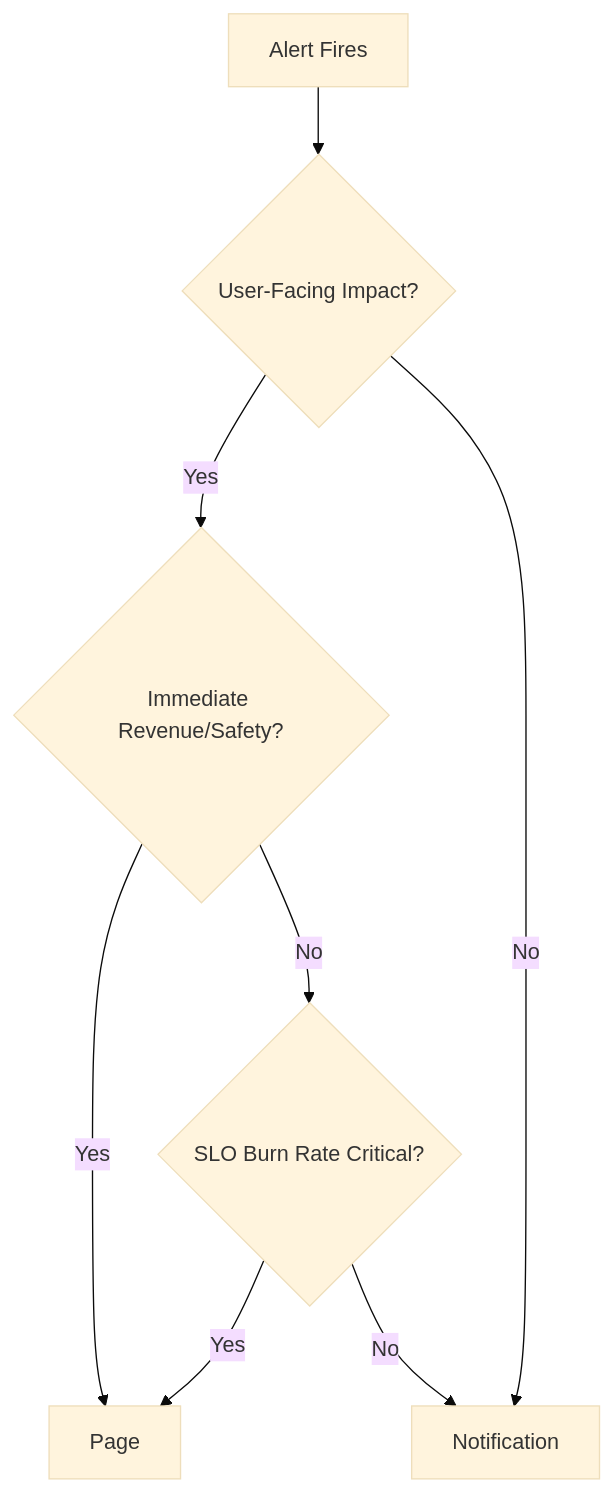
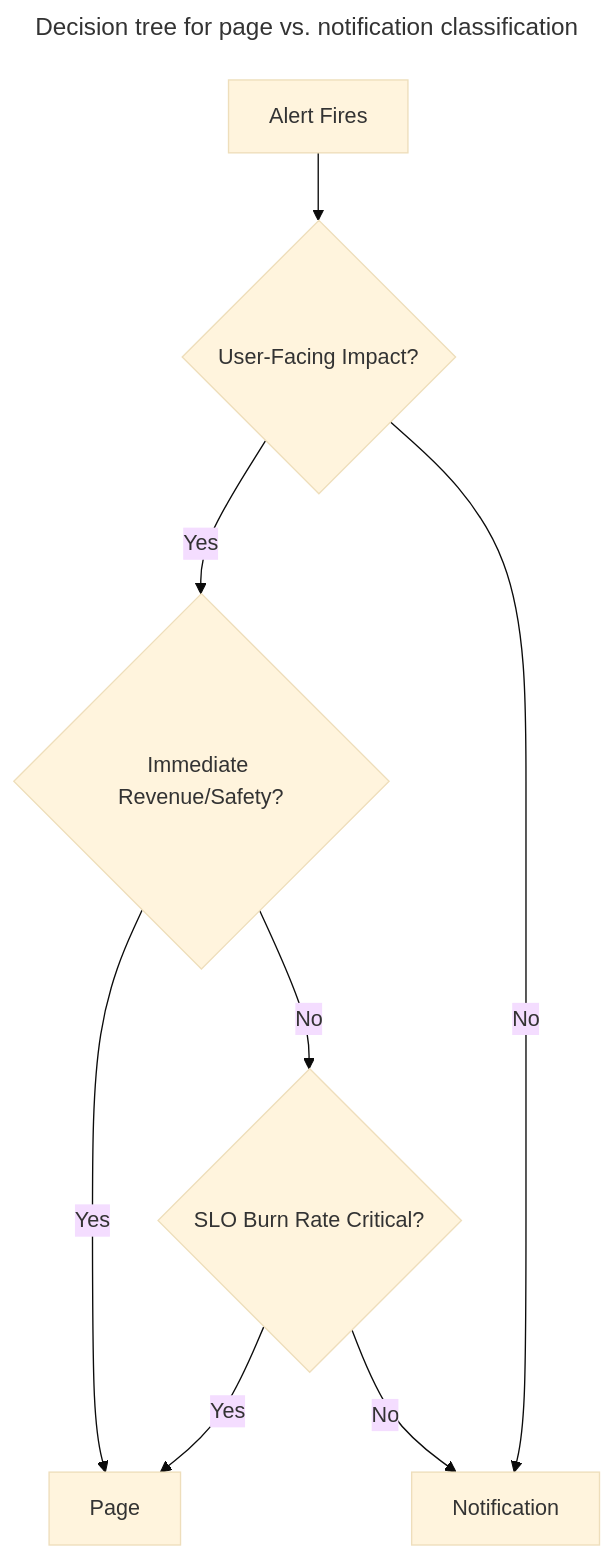
One commit to webstackdev/astro.webstackbuilders.com changed the first of 2 diagrams in src/content/articles/alert-fatigue-reduction-triage-actionable-alerts/pdf.mdx. Above: the diagram before and after it, drawn with Mermaid (base theme). The commit also changed other lines of this file and 15 other files, not shown here.

````diff
--- a/src/content/articles/alert-fatigue-reduction-triage-actionable-alerts/pdf.mdx
+++ b/src/content/articles/alert-fatigue-reduction-triage-actionable-alerts/pdf.mdx
@@ -150,10 +193,16 @@
 ```mermaid
+---
+title: Decision tree for page vs. notification classification
+---
 graph TD
+    accTitle: Alert severity decision tree
+    accDescr: Flowchart showing how to classify an alert as a Page or Notification. When an alert fires, check if there is user-facing impact. If no, it is a Notification. If yes, check if there is immediate revenue or safety impact. If yes, it is a Page. If no, check if the SLO burn rate is critical. If yes, it is a Page. If no, it is a Notification.
+
     A[Alert Fires] --> B{User-Facing Impact?}
     B -->|Yes| C{Immediate Revenue/Safety?}
     B -->|No| D[Notification]
     C -->|Yes| E[Page]
     C -->|No| F{SLO Burn Rate Critical?}
     F -->|Yes| E
     F -->|No| D
 ```
````
